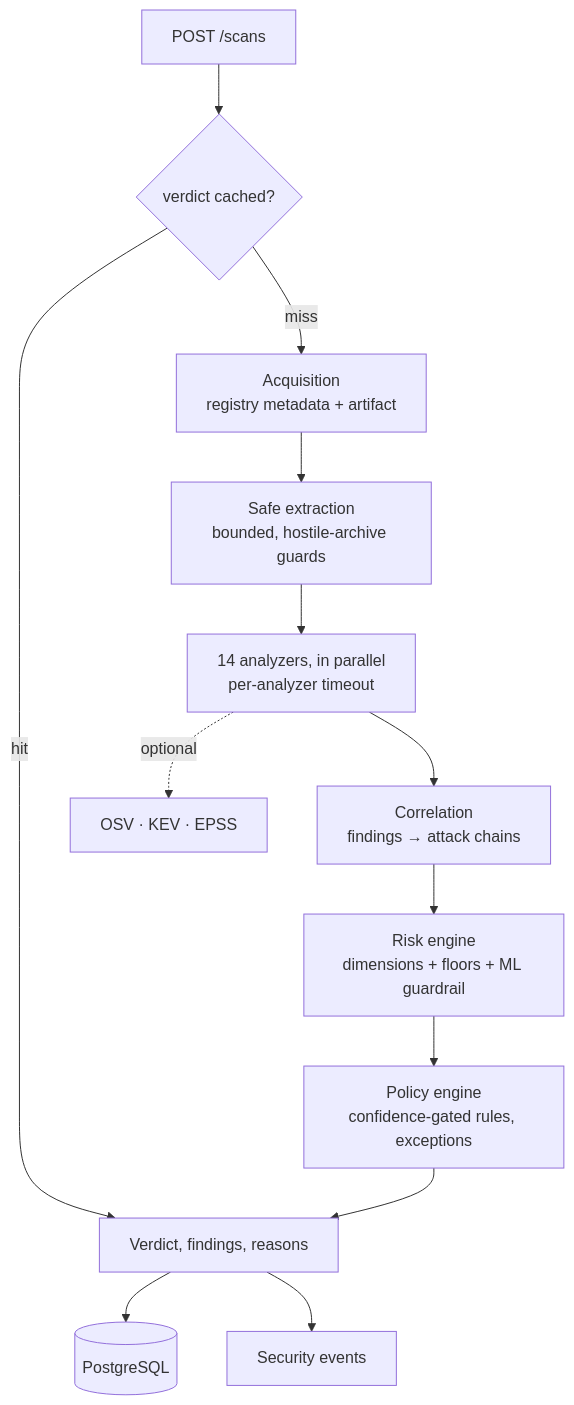
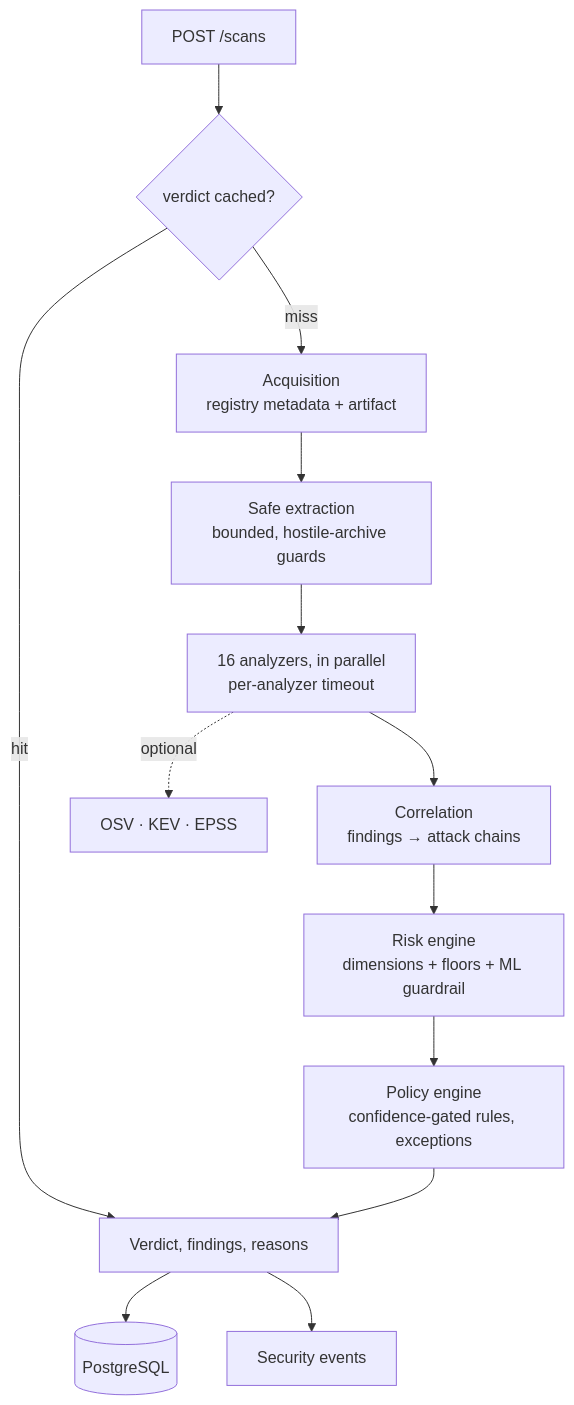
The second of 2 diagrams in docs/ARCHITECTURE.md (rakshit-737/warden-supply-chain-security), drawn with Mermaid before and after one commit. The commit also changed 7 other files, not shown here.

````diff
--- a/docs/ARCHITECTURE.md
+++ b/docs/ARCHITECTURE.md
@@ -56,15 +56,15 @@
 ```mermaid
 flowchart TB
   REQ["POST /scans"] --> CACHE{"verdict cached?"}
   CACHE -- hit --> OUT
   CACHE -- miss --> ACQ["Acquisition<br/>registry metadata + artifact"]
   ACQ --> EXT["Safe extraction<br/>bounded, hostile-archive guards"]
-  EXT --> AZ["14 analyzers, in parallel<br/>per-analyzer timeout"]
+  EXT --> AZ["16 analyzers, in parallel<br/>per-analyzer timeout"]
   AZ --> COR["Correlation<br/>findings → attack chains"]
   COR --> RISK["Risk engine<br/>dimensions + floors + ML guardrail"]
   RISK --> POL["Policy engine<br/>confidence-gated rules, exceptions"]
   POL --> OUT["Verdict, findings, reasons"]
   OUT --> DB[("PostgreSQL")]
   OUT --> EV["Security events"]
   AZ -.optional.-> INTEL["OSV · KEV · EPSS"]
 ```
````
